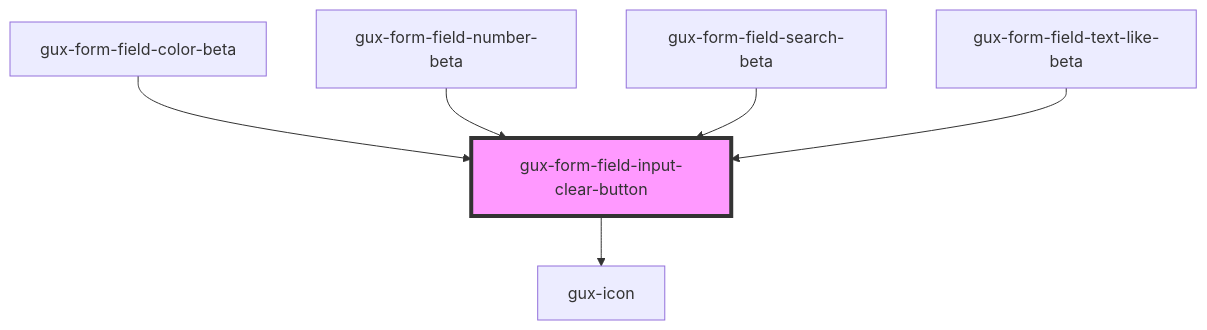
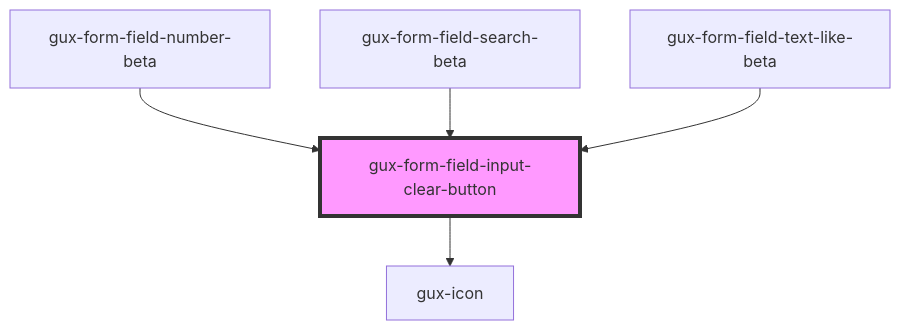
One commit to MyPureCloud/genesys-spark changed the diagram in src/components/beta/gux-form-field-v2/helper-components/gux-form-field-input-clear-button/readme.md. Above: the diagram before and after it, drawn with Mermaid. The commit also changed other lines of this file and 4 other files, not shown here.

````diff
--- a/src/components/beta/gux-form-field-v2/helper-components/gux-form-field-input-clear-button/readme.md
+++ b/src/components/beta/gux-form-field-v2/helper-components/gux-form-field-input-clear-button/readme.md
@@ -22,9 +21,8 @@
 ```mermaid
 graph TD;
   gux-form-field-input-clear-button --> gux-icon
-  gux-form-field-color-beta --> gux-form-field-input-clear-button
   gux-form-field-number-beta --> gux-form-field-input-clear-button
   gux-form-field-search-beta --> gux-form-field-input-clear-button
   gux-form-field-text-like-beta --> gux-form-field-input-clear-button
   style gux-form-field-input-clear-button fill:#f9f,stroke:#333,stroke-width:4px
 ```
````
